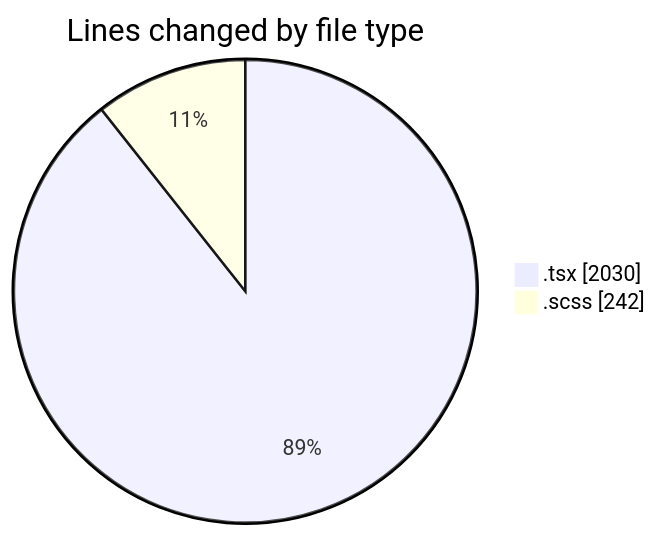
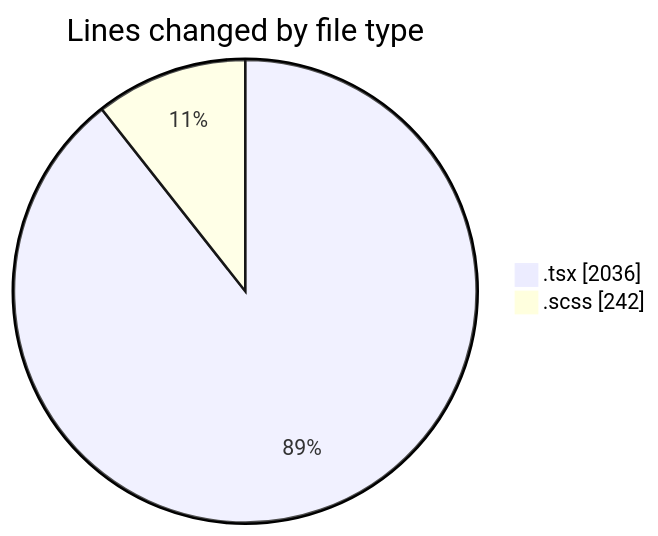
One commit to momahboobian/code-tracking changed the first of 2 diagrams in 2025-07-03/cda/README.md. Above: the diagram before and after it, drawn with Mermaid. The commit also changed other lines of this file and 1 other file, not shown here.

````diff
--- a/2025-07-03/cda/README.md
+++ b/2025-07-03/cda/README.md
@@ -30,6 +30,6 @@
 ```mermaid
 pie showData
 title Lines changed by file type
-".tsx" : 2030
+".tsx" : 2036
 ".scss" : 242
 ```
````
